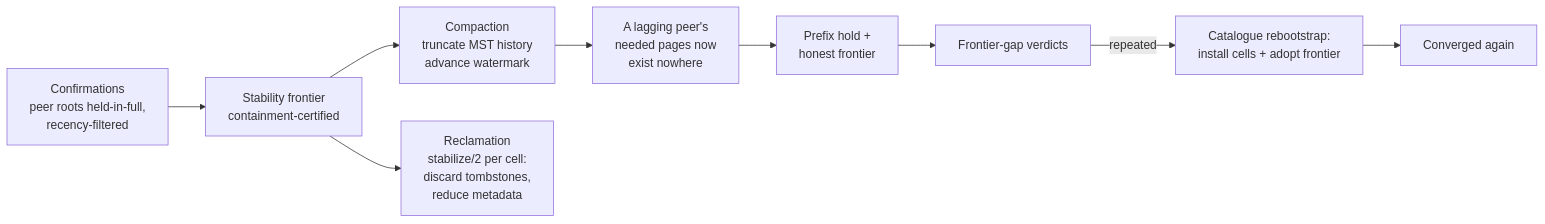
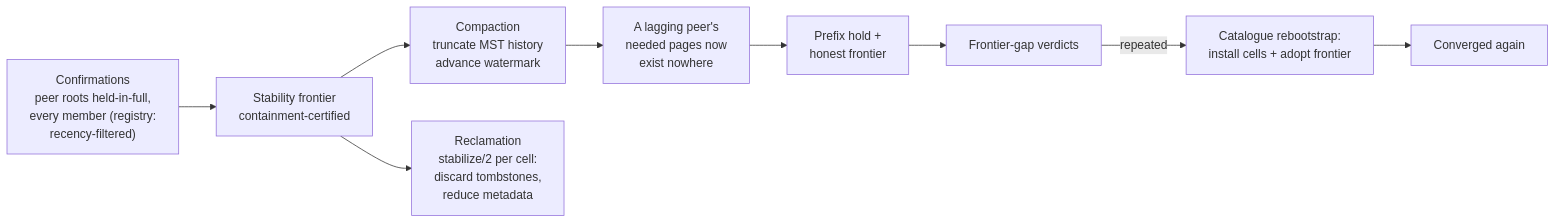
The first of 2 diagrams in doc/guides/architecture/db_view_lifecycle.md (bondy-io/bondy), drawn with Mermaid before and after one commit. The commit also changed other lines of this file and 52 other files, not shown here.

Commit message:
Compaction on durable databases now waits for every cluster member, the in-memory registry keeps the timeout rule

````diff
--- a/doc/guides/architecture/db_view_lifecycle.md
+++ b/doc/guides/architecture/db_view_lifecycle.md
@@ -9,11 +9,11 @@
 ```mermaid
 flowchart LR
-    CONF["Confirmations<br/>peer roots held-in-full,<br/>recency-filtered"] --> STAB["Stability frontier<br/>containment-certified"]
+    CONF["Confirmations<br/>peer roots held-in-full,<br/>every member (registry:<br/>recency-filtered)"] --> STAB["Stability frontier<br/>containment-certified"]
     STAB --> CMP["Compaction<br/>truncate MST history<br/>advance watermark"]
     STAB --> REC["Reclamation<br/>stabilize/2 per cell:<br/>discard tombstones,<br/>reduce metadata"]
     CMP --> GAPRISK["A lagging peer's<br/>needed pages now<br/>exist nowhere"]
     GAPRISK --> HOLD["Prefix hold +<br/>honest frontier"]
     HOLD --> GAP["Frontier-gap verdicts"]
     GAP -->|repeated| RB["Catalogue rebootstrap:<br/>install cells + adopt frontier"]
     RB --> CONV["Converged again"]
 ```
````
